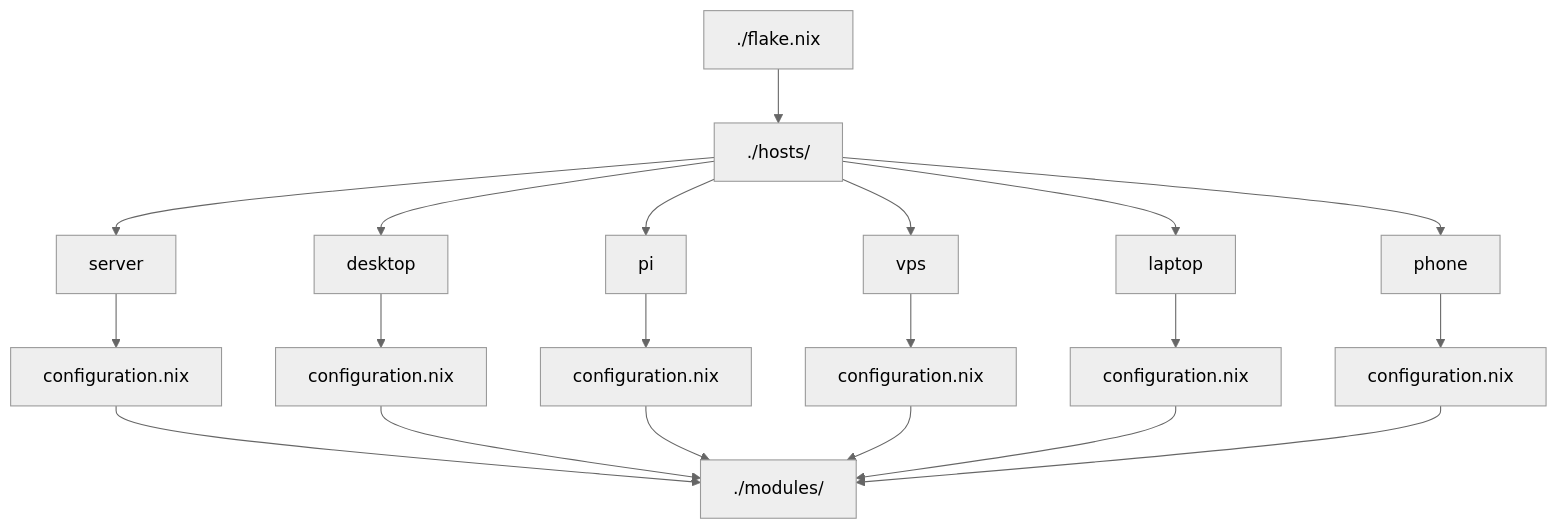
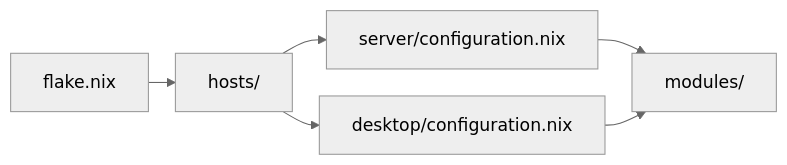
One commit to zzzealed/nix-config changed the diagram in README.md. Above: the diagram before and after it, drawn with Mermaid (neutral theme). The commit also changed other lines of this file, not shown here.

````diff
--- a/README.md
+++ b/README.md
@@ -7,28 +7,19 @@
 ```mermaid
-flowchart TD
-    flake["./flake.nix"]
+---
+config:
+  flowchart:
+    nodeSpacing: 25
+    rankSpacing: 25
+---
+flowchart LR
+    flake["flake.nix"]
 
-    flake --> hosts["./hosts/"]
+    flake --> hosts["hosts/"]
 
-    hosts --> server["server"]
-    hosts --> desktop["desktop"]
-    hosts --> pi["pi"]
-    hosts --> vps["vps"]
-    hosts --> laptop["laptop"]
-    hosts --> phone["phone"]
+    hosts --> server["server/configuration.nix"]
+    hosts --> desktop["desktop/configuration.nix"]
 
-    server --> server_cfg["configuration.nix"]
-    desktop --> desktop_cfg["configuration.nix"]
-    pi --> pi_cfg["configuration.nix"]
-    vps --> vps_cfg["configuration.nix"]
-    laptop --> laptop_cfg["configuration.nix"]
-    phone --> phone_cfg["configuration.nix"]
-
-    server_cfg --> modules["./modules/"]
-    desktop_cfg --> modules
-    pi_cfg --> modules
-    vps_cfg --> modules
-    laptop_cfg --> modules
-    phone_cfg --> modules
+    server --> modules["modules/"]
+    desktop --> modules
   
 ```
````
